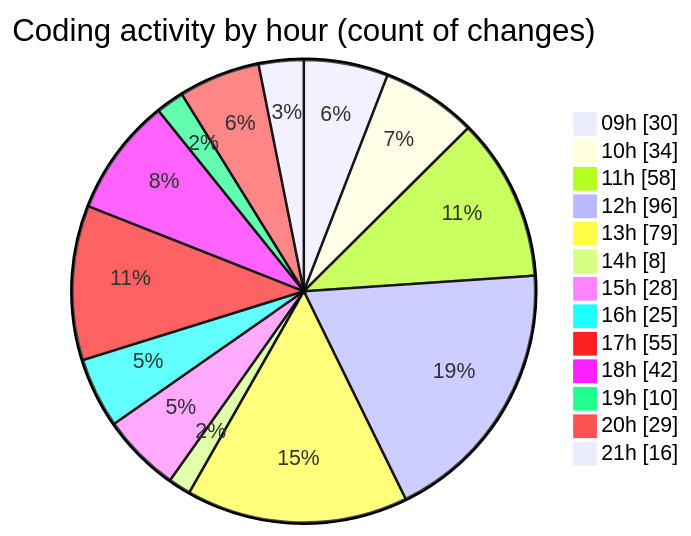
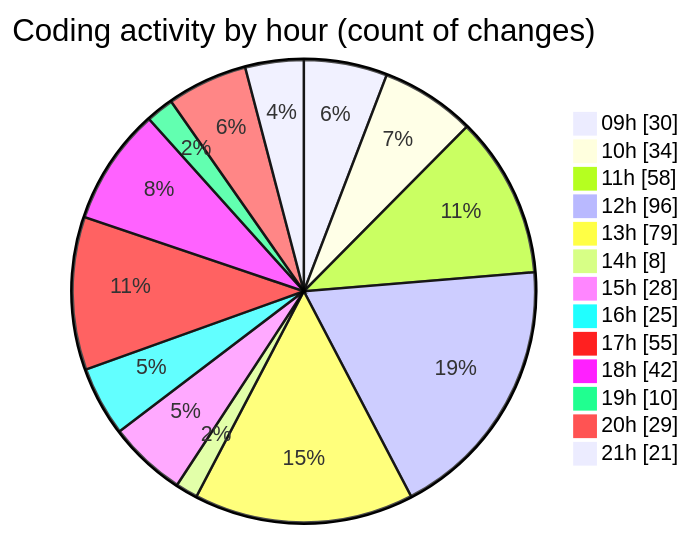
Before and after one commit to momahboobian/code-tracking: the second of 2 diagrams in 2025-04-02/cda/README.md, drawn with Mermaid. The commit also changed other lines of this file and 1 other file, not shown here.

````diff
--- a/2025-04-02/cda/README.md
+++ b/2025-04-02/cda/README.md
@@ -40,17 +40,17 @@
 ```mermaid
 pie showData
 title Coding activity by hour (count of changes)
 "09h" : 30
 "10h" : 34
 "11h" : 58
 "12h" : 96
 "13h" : 79
 "14h" : 8
 "15h" : 28
 "16h" : 25
 "17h" : 55
 "18h" : 42
 "19h" : 10
 "20h" : 29
-"21h" : 16
+"21h" : 21
 ```
````
